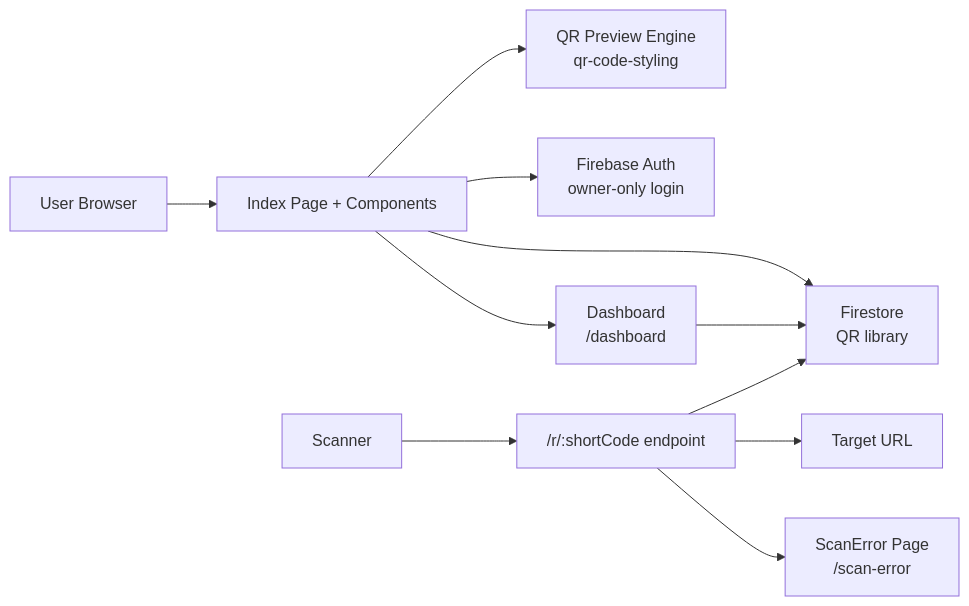
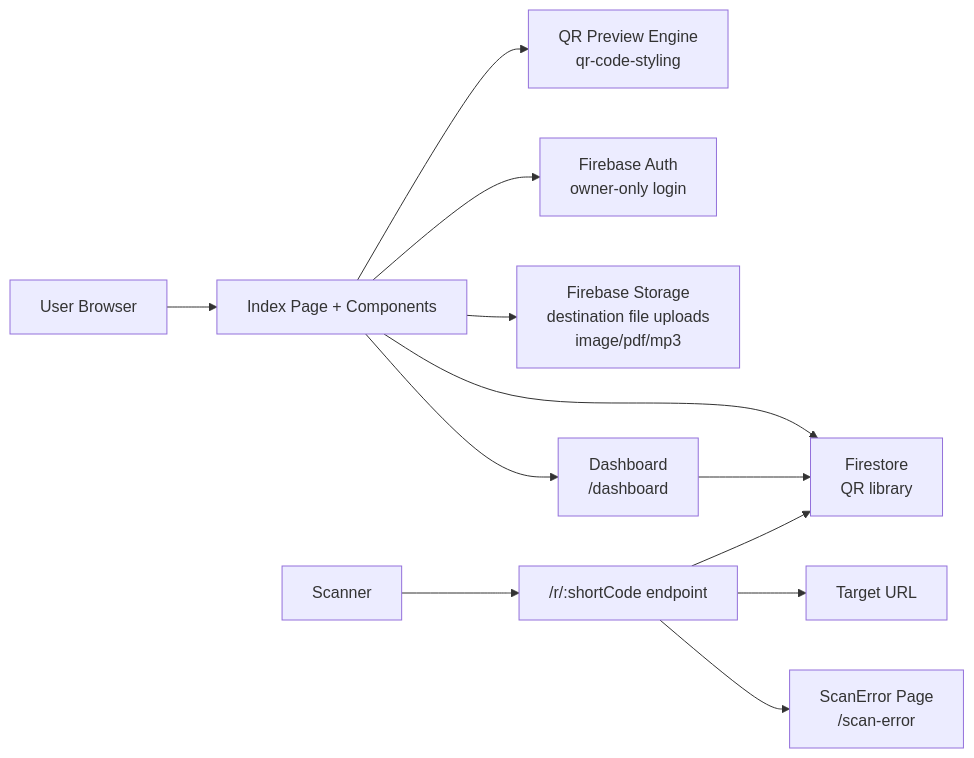
The diagram in README.md (iamsainikhil/qr-canvas), drawn with Mermaid before and after one commit. The commit also changed other lines of this file, not shown here.

Commit message:
doc(README): update Architecture, Project Structure, and Security Rules for file upload support

````diff
--- a/README.md
+++ b/README.md
@@ -127,13 +128,14 @@
 ```mermaid
 flowchart LR
   U[User Browser] --> UI[Index Page + Components]
   UI --> QR["QR Preview Engine<br/>qr-code-styling"]
   UI --> FA["Firebase Auth<br/>owner-only login"]
   UI --> FS["Firestore<br/>QR library"]
+  UI --> FG["Firebase Storage<br/>destination file uploads<br/>image/pdf/mp3"]
   UI --> DB["Dashboard<br/>/dashboard"]
   DB --> FS
   SC[Scanner] --> RT["/r/:shortCode endpoint"]
   RT --> FS
   RT --> TG[Target URL]
   RT --> SE["ScanError Page<br/>/scan-error"]
 ```
````
